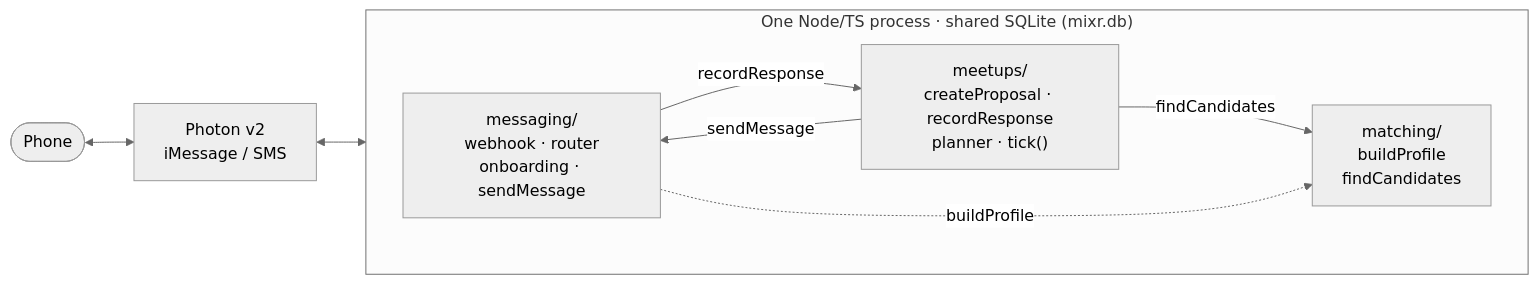
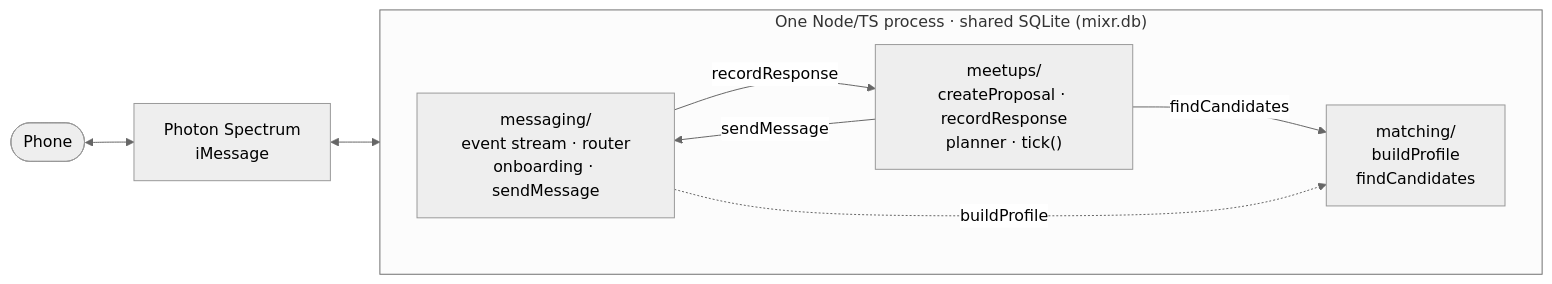
One commit to Nano-AI/mixr changed the second of 2 diagrams in README.md. Above: the diagram before and after it, drawn with Mermaid (neutral theme). The commit also changed other lines of this file and 18 other files, not shown here.

````diff
--- a/README.md
+++ b/README.md
@@ -19,14 +19,14 @@
 ```mermaid
 flowchart LR
-    Phone(["Phone"]) <--> Photon["Photon v2<br/>iMessage / SMS"] <--> MSG
+    Phone(["Phone"]) <--> Photon["Photon Spectrum<br/>iMessage"] <--> MSG
     subgraph App["One Node/TS process · shared SQLite (mixr.db)"]
         direction LR
-        MSG["messaging/<br/>webhook · router<br/>onboarding · sendMessage"]
+        MSG["messaging/<br/>event stream · router<br/>onboarding · sendMessage"]
         MEET["meetups/<br/>createProposal · recordResponse<br/>planner · tick()"]
         MAT["matching/<br/>buildProfile<br/>findCandidates"]
         MSG -- "recordResponse" --> MEET
         MEET -- "sendMessage" --> MSG
         MEET -- "findCandidates" --> MAT
         MSG -. "buildProfile" .-> MAT
     end
 ```
````
